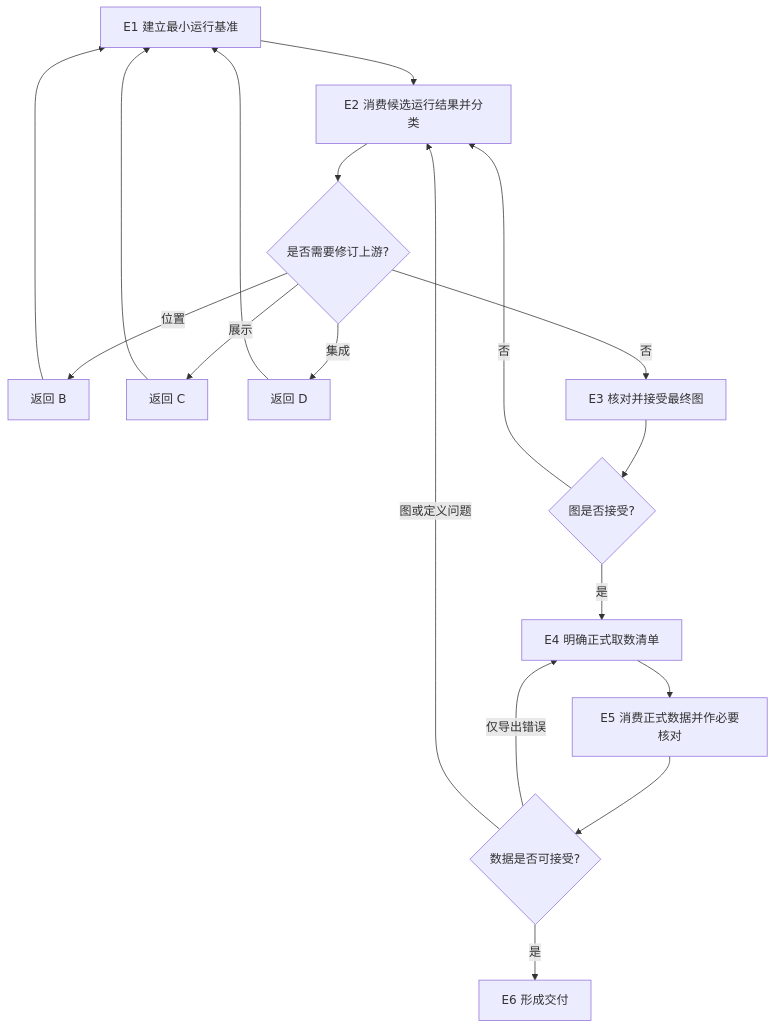
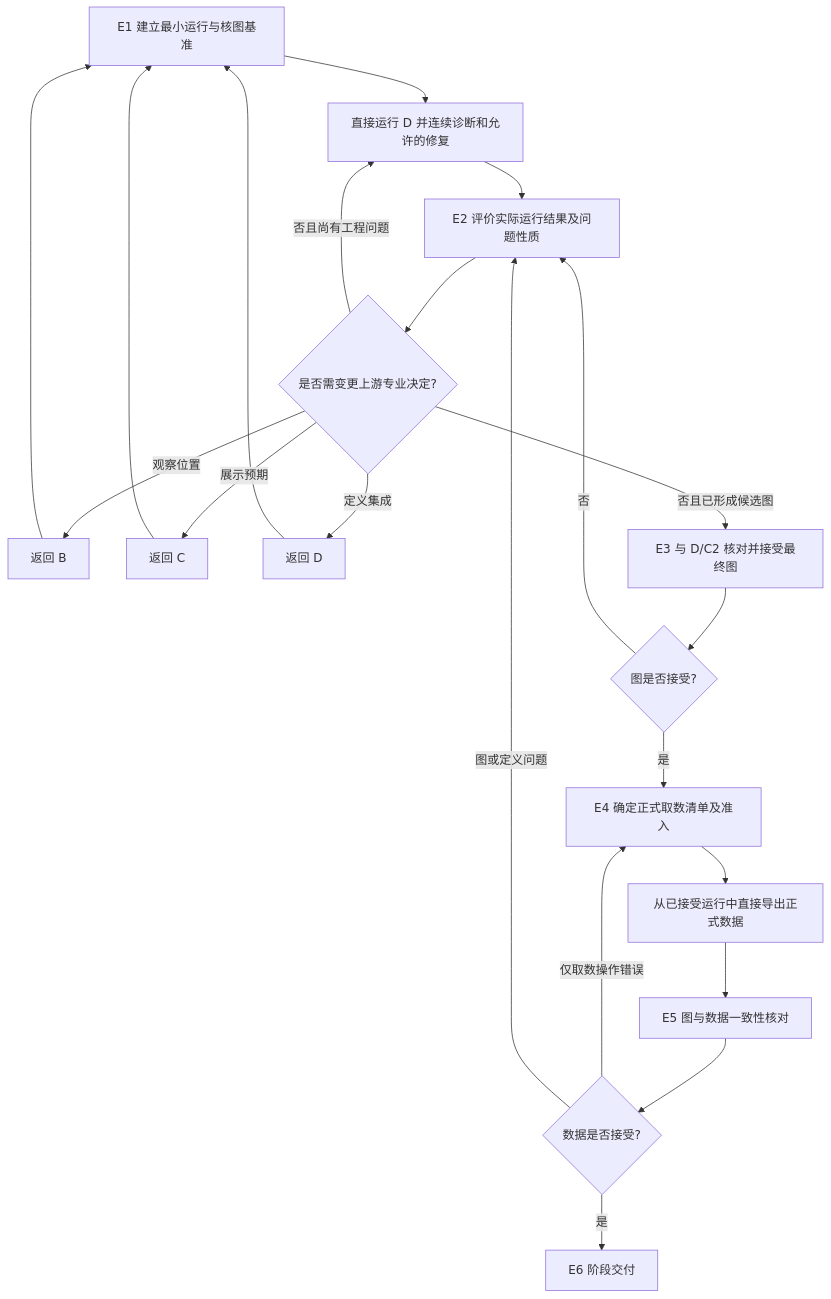
The diagram in skills/observation-material-preparation/caegraph-execution/WORKFLOW.md (daowei2026/observe-iterate), drawn with Mermaid before and after one commit. The commit also changed other lines of this file and 2 other files, not shown here.

````diff
--- a/skills/observation-material-preparation/caegraph-execution/WORKFLOW.md
+++ b/skills/observation-material-preparation/caegraph-execution/WORKFLOW.md
@@ -7,20 +7,23 @@
-```mermaid
+~~~mermaid
 flowchart TD
-  E1[E1 建立最小运行基准] --> E2[E2 消费候选运行结果并分类]
-  E2 --> X{是否需要修订上游?}
-  X -- 位置 --> B[返回 B]
-  X -- 展示 --> C[返回 C]
-  X -- 集成 --> D[返回 D]
+  E1[E1 建立最小运行与核图基准] --> RUN[直接运行 D 并连续诊断和允许的修复]
+  RUN --> E2[E2 评价实际运行结果及问题性质]
+  E2 --> X{是否需变更上游专业决定?}
+  X -- 观察位置 --> B[返回 B]
+  X -- 展示预期 --> C[返回 C]
+  X -- 定义集成 --> D[返回 D]
   B --> E1
   C --> E1
   D --> E1
-  X -- 否 --> E3[E3 核对并接受最终图]
+  X -- 否且尚有工程问题 --> RUN
+  X -- 否且已形成候选图 --> E3[E3 与 D/C2 核对并接受最终图]
   E3 --> Y{图是否接受?}
   Y -- 否 --> E2
-  Y -- 是 --> E4[E4 明确正式取数清单]
-  E4 --> E5[E5 消费正式数据并作必要核对]
-  E5 --> Z{数据是否可接受?}
-  Z -- 仅导出错误 --> E4
+  Y -- 是 --> E4[E4 确定正式取数清单及准入]
+  E4 --> EX[从已接受运行中直接导出正式数据]
+  EX --> E5[E5 图与数据一致性核对]
+  E5 --> Z{数据是否接受?}
+  Z -- 仅取数操作错误 --> E4
   Z -- 图或定义问题 --> E2
-  Z -- 是 --> E6[E6 形成交付]
-```
+  Z -- 是 --> E6[E6 阶段交付]
+~~~
````
